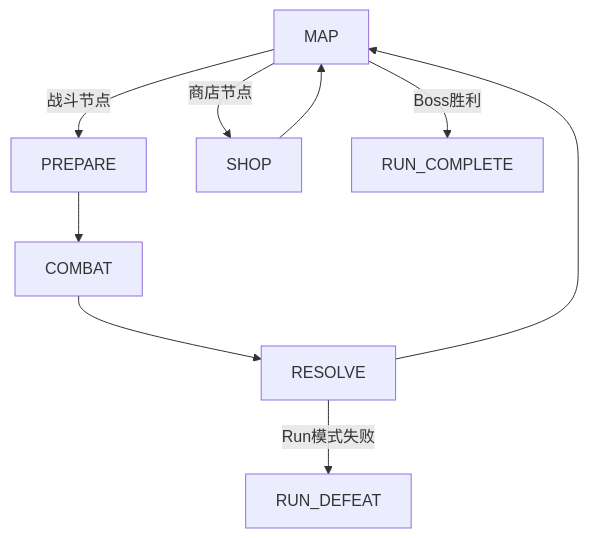
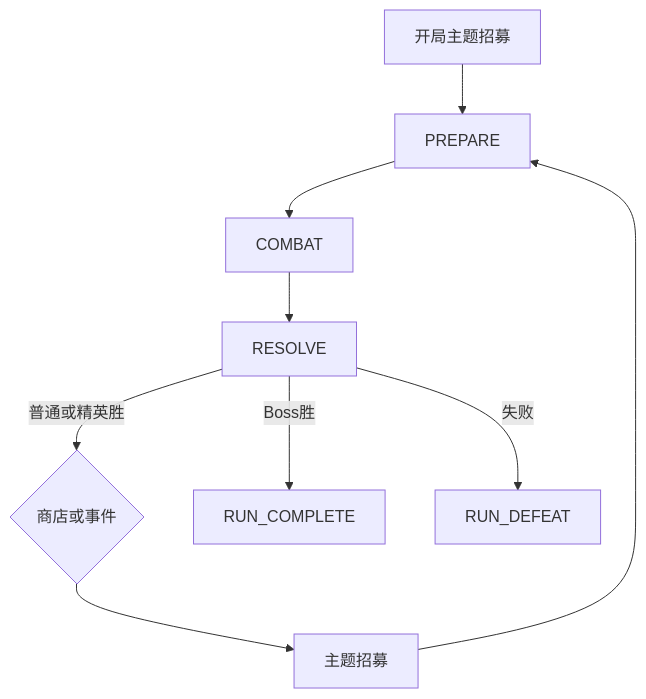
The second of 3 diagrams in Documents/ARCHITECTURE.md (Kanerickyz/project-autochess), drawn with Mermaid before and after one commit. The commit also changed other lines of this file and 14 other files, not shown here.

````diff
--- a/Documents/ARCHITECTURE.md
+++ b/Documents/ARCHITECTURE.md
@@ -97,7 +99,8 @@
 ```mermaid
 flowchart TD
-    Map[MAP] -->|战斗节点| Prep[PREPARE] --> Combat[COMBAT] --> Resolve[RESOLVE] --> Map
-    Map -->|商店节点| Shop[SHOP] --> Map
-    Resolve -->|Run模式失败| RunDefeat[RUN_DEFEAT]
-    Map -->|Boss胜利| RunComplete[RUN_COMPLETE]
+    OpenRecruit[开局主题招募] --> Prep[PREPARE] --> Combat[COMBAT] --> Resolve[RESOLVE]
+    Resolve -->|普通或精英胜| Choice{商店或事件}
+    Choice --> Recruit[主题招募] --> Prep
+    Resolve -->|Boss胜| RunComplete[RUN_COMPLETE]
+    Resolve -->|失败| RunDefeat[RUN_DEFEAT]
 ```
````
